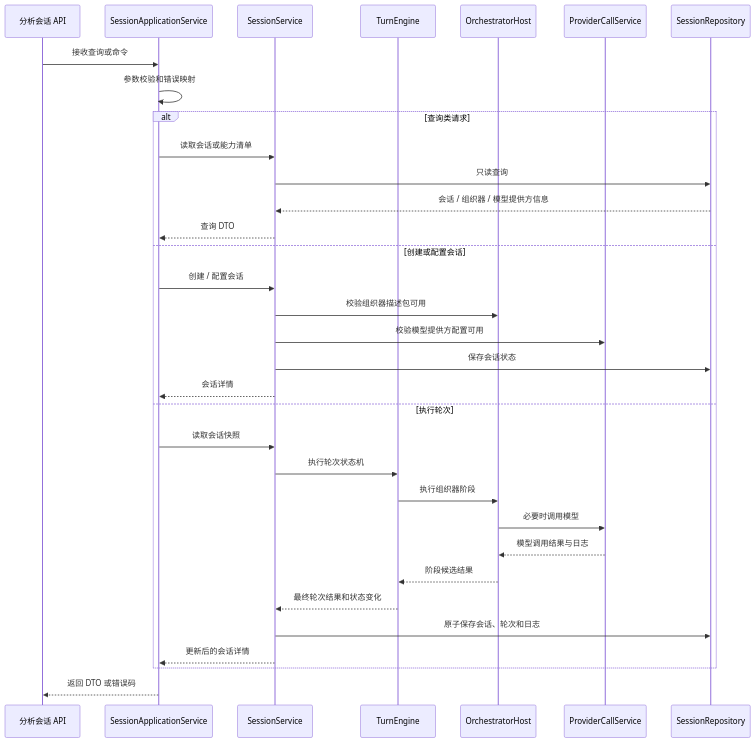
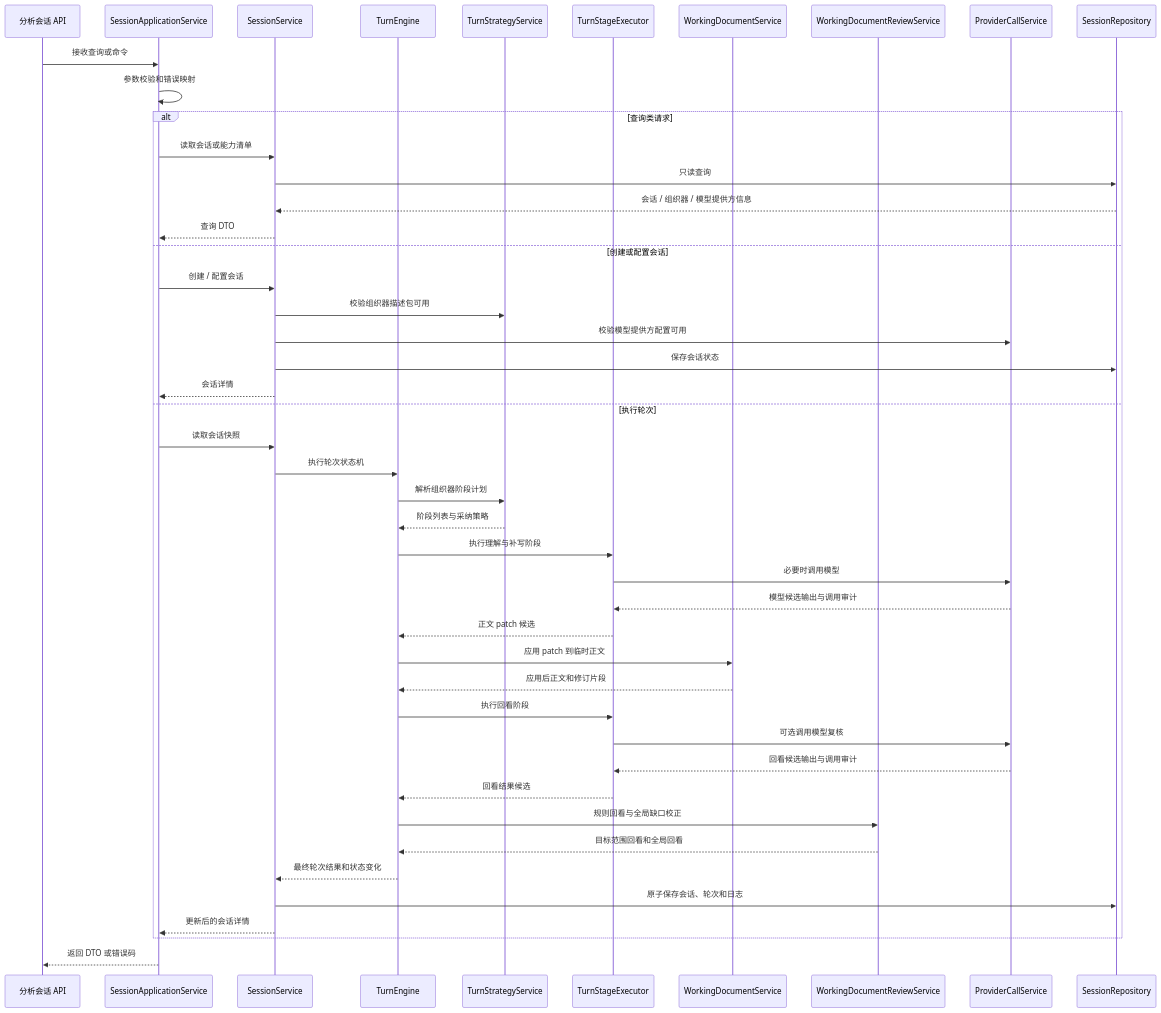
Diagram 24 of 35 in DOC/CODEX_DOC/02_设计说明/P2_需求分析系统/P2-需求分析系统设计.md (wgwtest/CodeFactoryV2), drawn with Mermaid before and after one commit. The commit also changed other lines of this file and 17 other files, not shown here.

````diff
--- a/DOC/CODEX_DOC/02_设计说明/P2_需求分析系统/P2-需求分析系统设计.md
+++ b/DOC/CODEX_DOC/02_设计说明/P2_需求分析系统/P2-需求分析系统设计.md
@@ -2908,36 +2946,49 @@
 ```mermaid
 sequenceDiagram
   participant API as 分析会话 API
   participant App as SessionApplicationService
   participant Session as SessionService
   participant Turn as TurnEngine
-  participant Host as OrchestratorHost
+  participant Strategy as TurnStrategyService
+  participant Stage as TurnStageExecutor
+  participant Doc as WorkingDocumentService
+  participant Review as WorkingDocumentReviewService
   participant Provider as ProviderCallService
   participant Repo as SessionRepository
 
   API->>App: 接收查询或命令
   App->>App: 参数校验和错误映射
   alt 查询类请求
     App->>Session: 读取会话或能力清单
     Session->>Repo: 只读查询
     Repo-->>Session: 会话 / 组织器 / 模型提供方信息
     Session-->>App: 查询 DTO
   else 创建或配置会话
     App->>Session: 创建 / 配置会话
-    Session->>Host: 校验组织器描述包可用
+    Session->>Strategy: 校验组织器描述包可用
     Session->>Provider: 校验模型提供方配置可用
     Session->>Repo: 保存会话状态
     Session-->>App: 会话详情
   else 执行轮次
     App->>Session: 读取会话快照
     Session->>Turn: 执行轮次状态机
-    Turn->>Host: 执行组织器阶段
-    Host->>Provider: 必要时调用模型
-    Provider-->>Host: 模型调用结果与日志
-    Host-->>Turn: 阶段候选结果
+    Turn->>Strategy: 解析组织器阶段计划
+    Strategy-->>Turn: 阶段列表与采纳策略
+    Turn->>Stage: 执行理解与补写阶段
+    Stage->>Provider: 必要时调用模型
+    Provider-->>Stage: 模型候选输出与调用审计
+    Stage-->>Turn: 正文 patch 候选
+    Turn->>Doc: 应用 patch 到临时正文
+    Doc-->>Turn: 应用后正文和修订片段
+    Turn->>Stage: 执行回看阶段
+    Stage->>Provider: 可选调用模型复核
+    Provider-->>Stage: 回看候选输出与调用审计
+    Stage-->>Turn: 回看结果候选
+    Turn->>Review: 规则回看与全局缺口校正
+    Review-->>Turn: 目标范围回看和全局回看
     Turn-->>Session: 最终轮次结果和状态变化
     Session->>Repo: 原子保存会话、轮次和日志
     Session-->>App: 更新后的会话详情
   end
   App-->>API: 返回 DTO 或错误码
 ```
````
